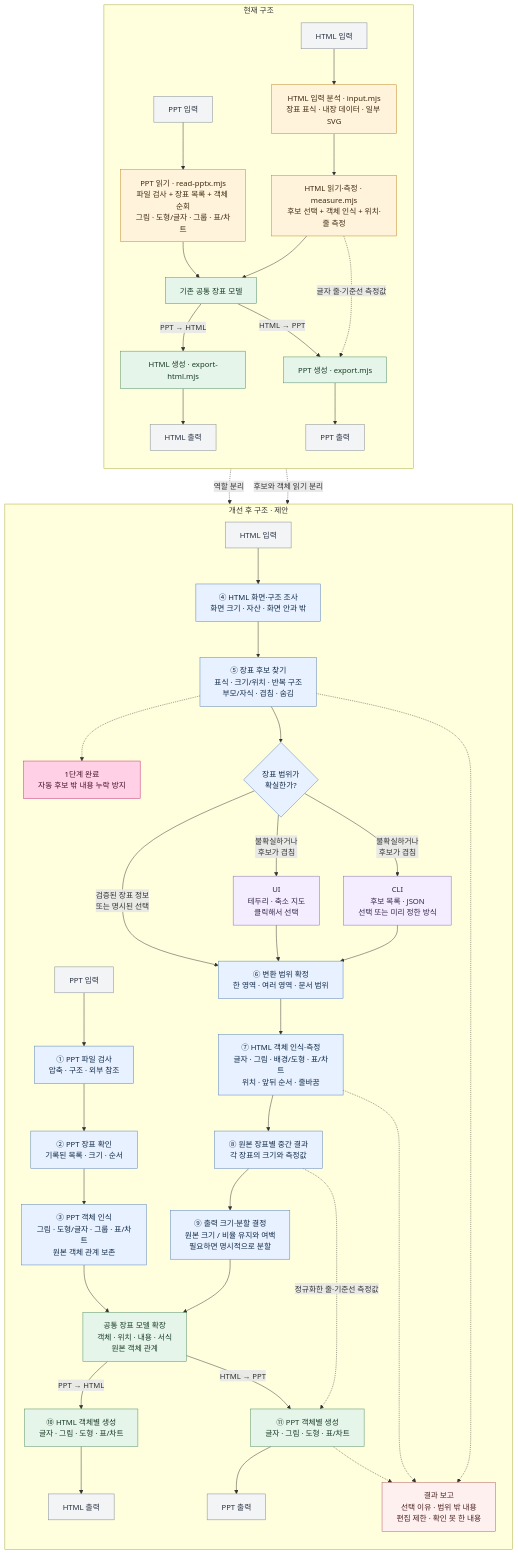
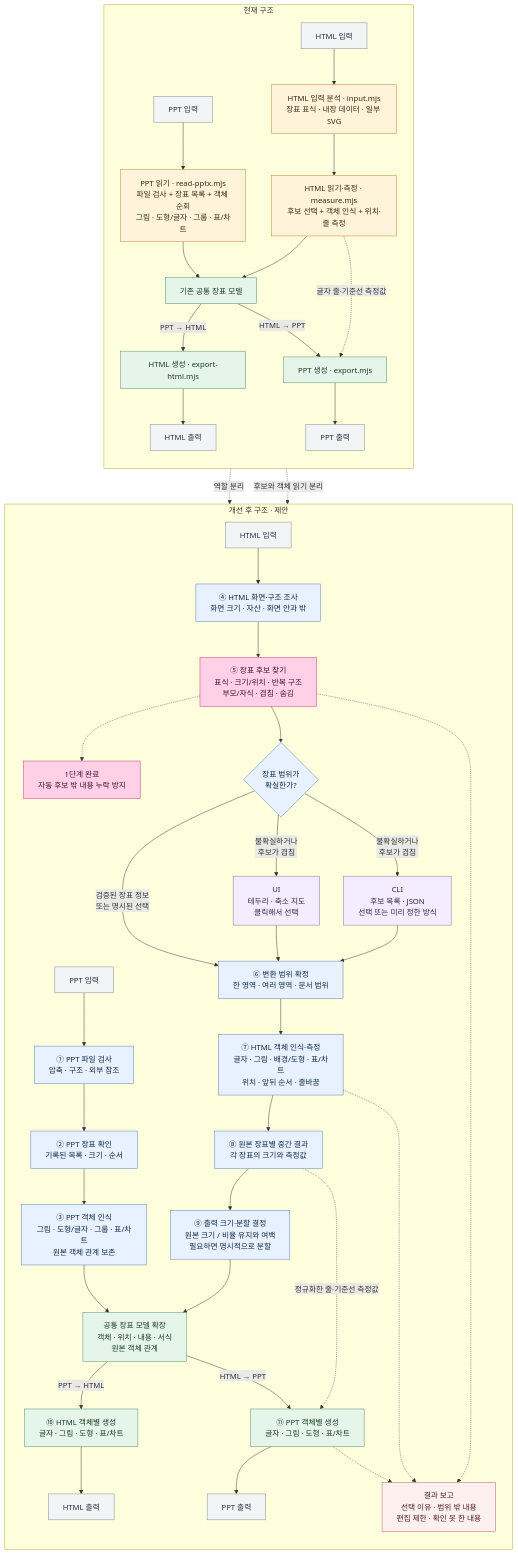
One commit to Kyuhan1230/ppt-again changed the diagram in docs/architecture/refactor-progress.md. Above: the diagram before and after it, drawn with Mermaid. The commit also changed other lines of this file and 12 other files, not shown here.

````diff
--- a/docs/architecture/refactor-progress.md
+++ b/docs/architecture/refactor-progress.md
@@ -5,62 +5,62 @@
 ```mermaid
 flowchart TB
   subgraph CURRENT["현재 구조"]
     direction TB
     CP["PPT 입력"] --> CPR["PPT 읽기 · read-pptx.mjs<br/>파일 검사 + 장표 목록 + 객체 순회<br/>그림 · 도형/글자 · 그룹 · 표/차트"]
     CH["HTML 입력"] --> CHI["HTML 입력 분석 · input.mjs<br/>장표 표식 · 내장 데이터 · 일부 SVG"]
     CHI --> CHM["HTML 읽기·측정 · measure.mjs<br/>후보 선택 + 객체 인식 + 위치·줄 측정"]
     CPR --> CM["기존 공통 장표 모델"]
     CHM --> CM
     CM -->|"PPT → HTML"| CHW["HTML 생성 · export-html.mjs"]
     CHW --> CHO["HTML 출력"]
     CM -->|"HTML → PPT"| CPW["PPT 생성 · export.mjs"]
     CHM -.->|"글자 줄·기준선 측정값"| CPW
     CPW --> CPO["PPT 출력"]
   end
 
   subgraph PROPOSED["개선 후 구조 · 제안"]
     direction TB
     NP["PPT 입력"] --> NPC["① PPT 파일 검사<br/>압축 · 구조 · 외부 참조"]
     NPC --> NPS["② PPT 장표 확인<br/>기록된 목록 · 크기 · 순서"]
     NPS --> NPO["③ PPT 객체 인식<br/>그림 · 도형/글자 · 그룹 · 표/차트<br/>원본 객체 관계 보존"]
     NH["HTML 입력"] --> NHR["④ HTML 화면·구조 조사<br/>화면 크기 · 자산 · 화면 안과 밖"]
     NHR --> NHC["⑤ 장표 후보 찾기<br/>표식 · 크기/위치 · 반복 구조<br/>부모/자식 · 겹침 · 숨김"]
     NHC -.-> ST1["1단계 완료<br/>자동 후보 밖 내용 누락 방지"]
     NHC --> ND{"장표 범위가<br/>확실한가?"}
     ND -->|"검증된 장표 정보<br/>또는 명시된 선택"| NS["⑥ 변환 범위 확정<br/>한 영역 · 여러 영역 · 문서 범위"]
     ND -->|"불확실하거나<br/>후보가 겹침"| NUI["UI<br/>테두리 · 축소 지도<br/>클릭해서 선택"]
     ND -->|"불확실하거나<br/>후보가 겹침"| NCLI["CLI<br/>후보 목록 · JSON<br/>선택 또는 미리 정한 방식"]
     NUI --> NS
     NCLI --> NS
     NS --> NHO["⑦ HTML 객체 인식·측정<br/>글자 · 그림 · 배경/도형 · 표/차트<br/>위치 · 앞뒤 순서 · 줄바꿈"]
     NHO --> NI["⑧ 원본 장표별 중간 결과<br/>각 장표의 크기와 측정값"]
     NI --> NFIT["⑨ 출력 크기·분할 결정<br/>원본 크기 / 비율 유지와 여백<br/>필요하면 명시적으로 분할"]
     NFIT --> NM["공통 장표 모델 확장<br/>객체 · 위치 · 내용 · 서식<br/>원본 객체 관계"]
     NPO --> NM
     NM -->|"PPT → HTML"| NHW["⑩ HTML 객체별 생성<br/>글자 · 그림 · 도형 · 표/차트"]
     NHW --> NHOOUT["HTML 출력"]
     NM -->|"HTML → PPT"| NPW["⑪ PPT 객체별 생성<br/>글자 · 그림 · 도형 · 표/차트"]
     NI -.->|"정규화한 줄·기준선 측정값"| NPW
     NPW --> NPOUT["PPT 출력"]
     NHC -.-> REPORT["결과 보고<br/>선택 이유 · 범위 밖 내용<br/>편집 제한 · 확인 못 한 내용"]
     NHO -.-> REPORT
     NPW -.-> REPORT
   end
 
   CPR -.->|"역할 분리"| NPC
   CHM -.->|"후보와 객체 읽기 분리"| NHR
   classDef input fill:#f3f4f6,stroke:#7d8790,color:#283142
   classDef current fill:#fff3db,stroke:#c18124,color:#3f2b12
   classDef proposed fill:#e8f1ff,stroke:#557fb3,color:#102a48
   classDef common fill:#e6f5e9,stroke:#4e8b66,color:#183c27
   classDef choice fill:#f4edff,stroke:#8767ad,color:#36254b
   classDef report fill:#fff0f0,stroke:#b35b5b,color:#4a2020
   classDef done fill:#ffd0e6,stroke:#c42e78,color:#46102b
   class CP,CH,CHO,CPO,NP,NH,NHOOUT,NPOUT input
   class CPR,CHI,CHM current
-  class NPC,NPS,NPO,NHR,NHC,ND,NS,NHO,NI,NFIT proposed
+  class NPC,NPS,NPO,NHR,ND,NS,NHO,NI,NFIT proposed
   class NUI,NCLI choice
   class CM,CHW,CPW,NM,NHW,NPW common
   class REPORT report
-  class ST1 done
+  class ST1,NHC done
 ```
````
